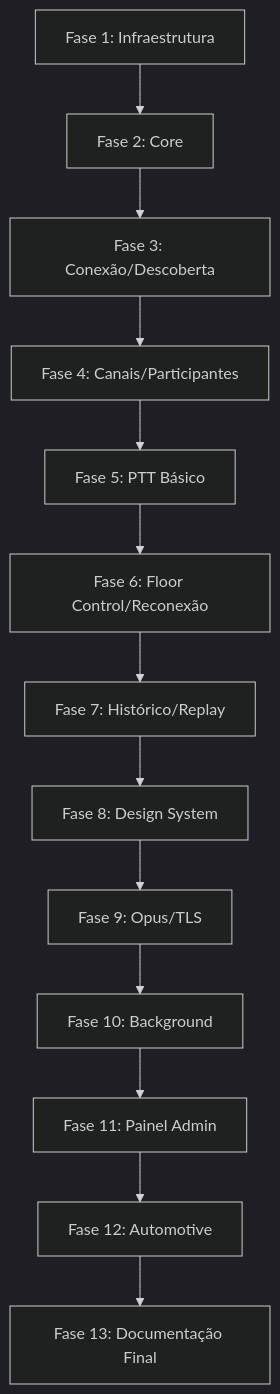
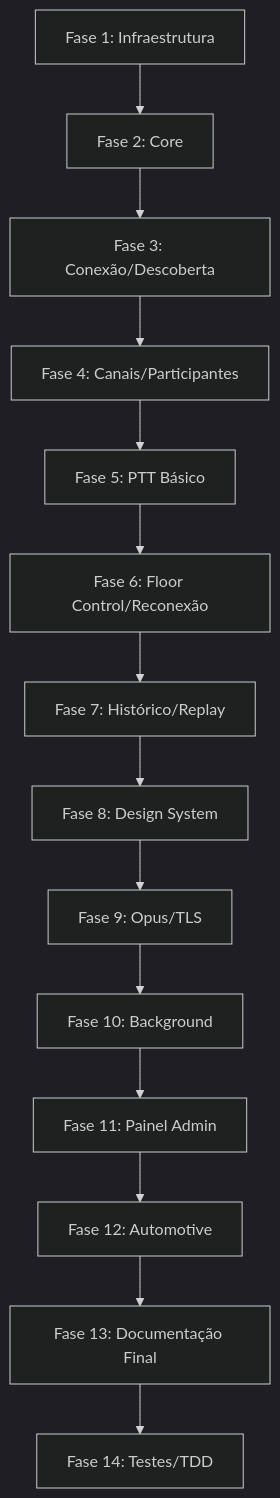
The seventh of 7 diagrams in docs/PTT_KMP_PLANO_TECNICO.md (rcleandro/ptt-lan), drawn with Mermaid (dark theme) before and after one commit. The commit also changed other lines of this file, not shown here.

````diff
--- a/docs/PTT_KMP_PLANO_TECNICO.md
+++ b/docs/PTT_KMP_PLANO_TECNICO.md
@@ -1091,15 +1101,16 @@
 ```mermaid
 graph TD
     F1[Fase 1: Infraestrutura] --> F2[Fase 2: Core]
     F2 --> F3[Fase 3: Conexão/Descoberta]
     F3 --> F4[Fase 4: Canais/Participantes]
     F4 --> F5[Fase 5: PTT Básico]
     F5 --> F6[Fase 6: Floor Control/Reconexão]
     F6 --> F7[Fase 7: Histórico/Replay]
     F7 --> F8[Fase 8: Design System]
     F8 --> F9[Fase 9: Opus/TLS]
     F9 --> F10[Fase 10: Background]
     F10 --> F11[Fase 11: Painel Admin]
     F11 --> F12[Fase 12: Automotive]
     F12 --> F13[Fase 13: Documentação Final]
+    F13 --> F14[Fase 14: Testes/TDD]
 ```
````
